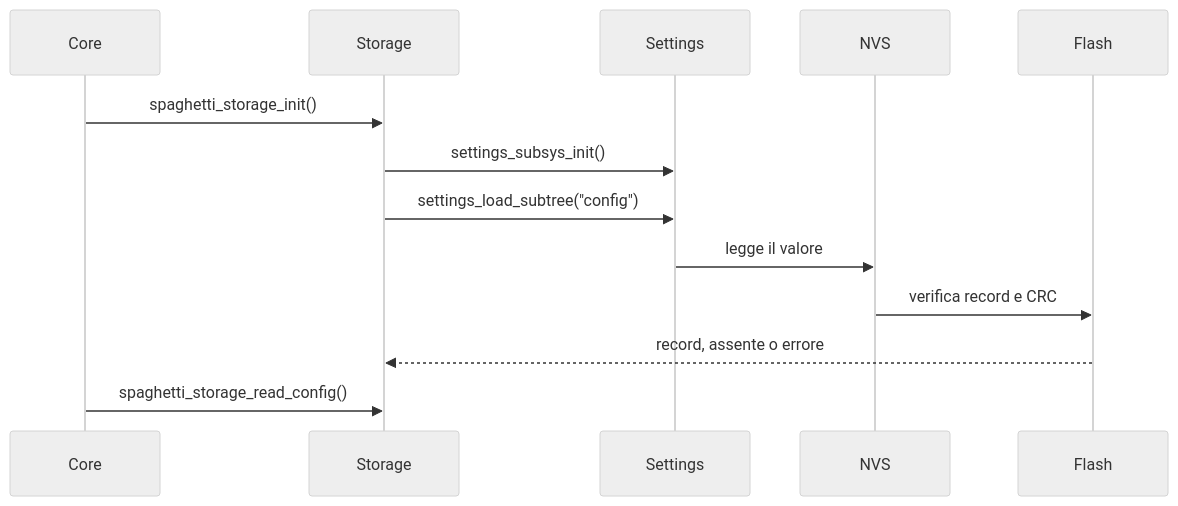
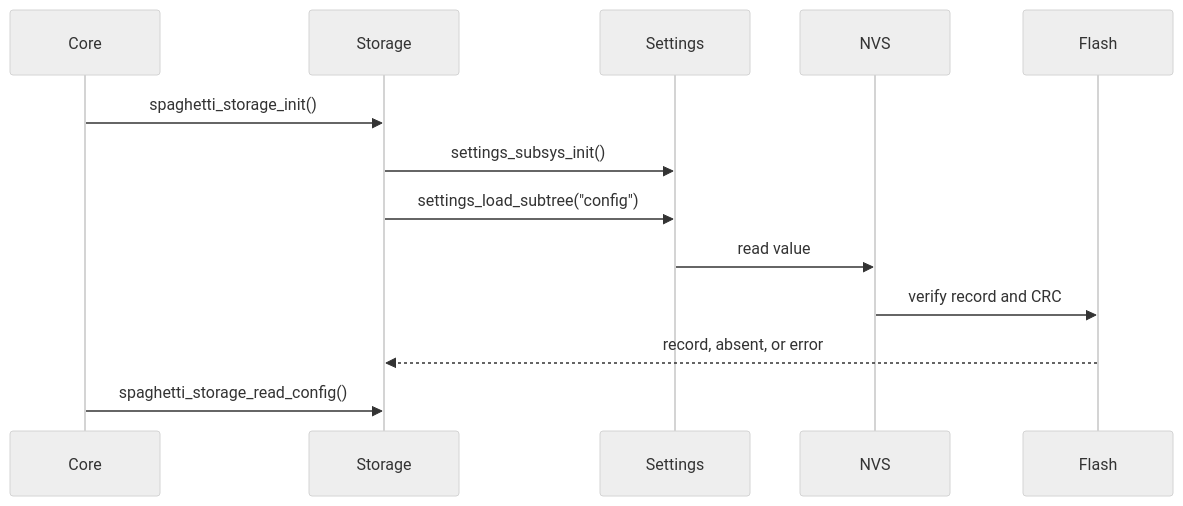
One commit to andreapiccini/SpaghettiLAB changed the diagram in Firmware/core/subsys/services/storage/README.md. Above: the diagram before and after it, drawn with Mermaid (neutral theme). The commit also changed other lines of this file and 43 other files, not shown here.

````diff
--- a/Firmware/core/subsys/services/storage/README.md
+++ b/Firmware/core/subsys/services/storage/README.md
@@ -64,15 +63,15 @@
 ```mermaid
 sequenceDiagram
     participant Core
     participant Storage
     participant Settings
     participant NVS
     participant Flash
     Core->>Storage: spaghetti_storage_init()
     Storage->>Settings: settings_subsys_init()
     Storage->>Settings: settings_load_subtree("config")
-    Settings->>NVS: legge il valore
-    NVS->>Flash: verifica record e CRC
-    Flash-->>Storage: record, assente o errore
+    Settings->>NVS: read value
+    NVS->>Flash: verify record and CRC
+    Flash-->>Storage: record, absent, or error
     Core->>Storage: spaghetti_storage_read_config()
 ```
````
